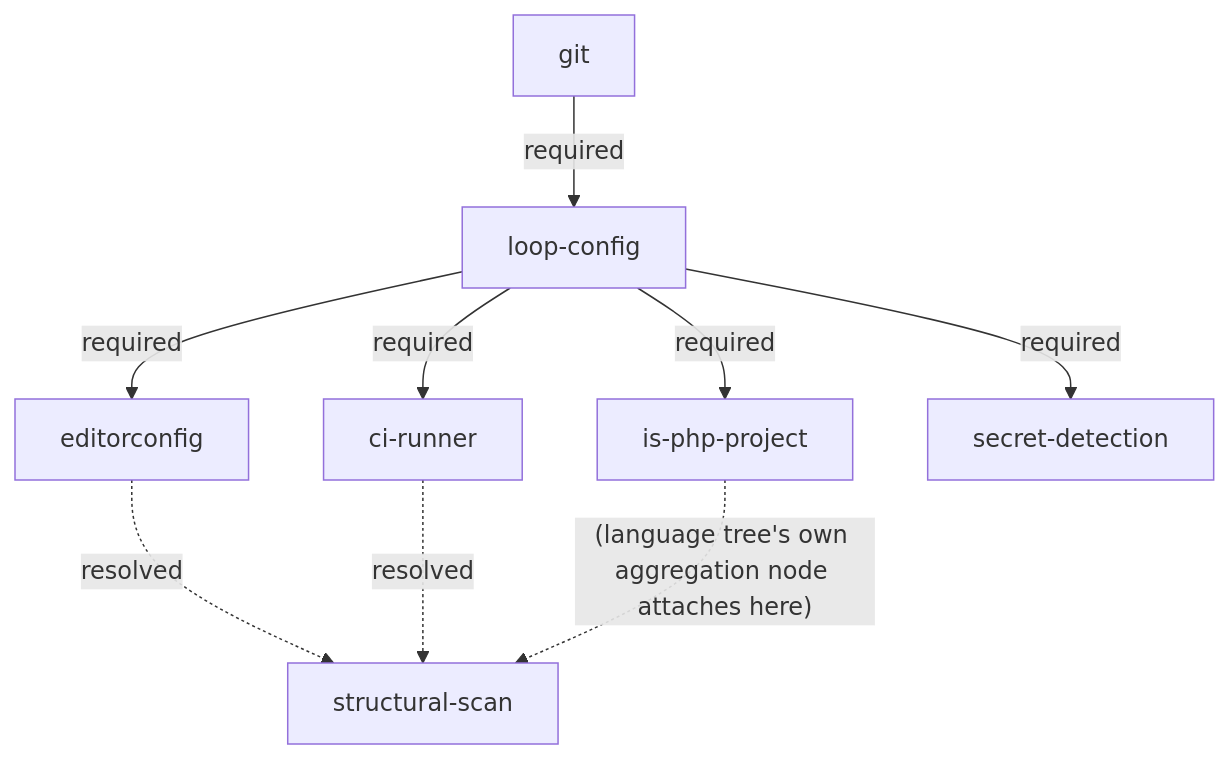
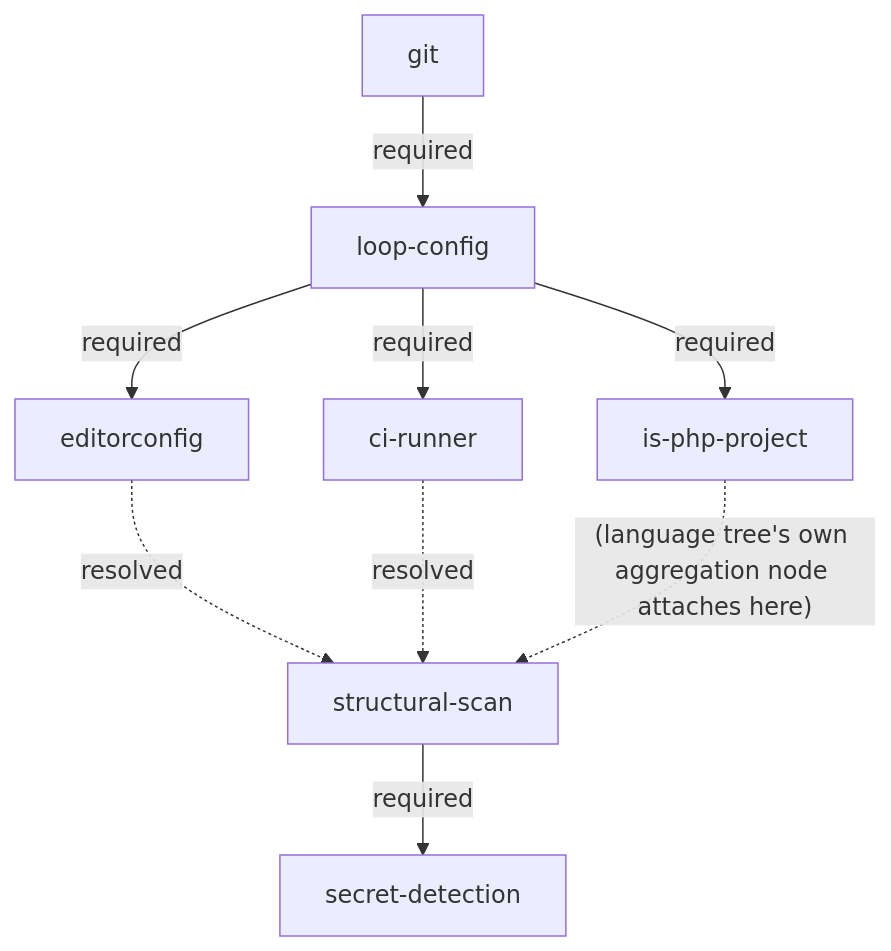
The diagram in skills/refactor-scan/references/tooling-tree.md (Art4/continuous-refactoring), drawn with Mermaid before and after one commit. The commit also changed other lines of this file and 37 other files, not shown here.

````diff
--- a/skills/refactor-scan/references/tooling-tree.md
+++ b/skills/refactor-scan/references/tooling-tree.md
@@ -7,19 +7,19 @@
 ```mermaid
 graph TD
     git[git]
     lc[loop-config]
     ipp[is-php-project]
     ci[ci-runner]
     edc[editorconfig]
     sd[secret-detection]
     ss[structural-scan]
 
     git -->|required| lc
     lc -->|required| ipp
     lc -->|required| ci
     lc -->|required| edc
-    lc -->|required| sd
     edc -.->|resolved| ss
     ci -.->|resolved| ss
     ipp -.->|"(language tree's own aggregation node attaches here)"| ss
+    ss -->|required| sd
 ```
````
